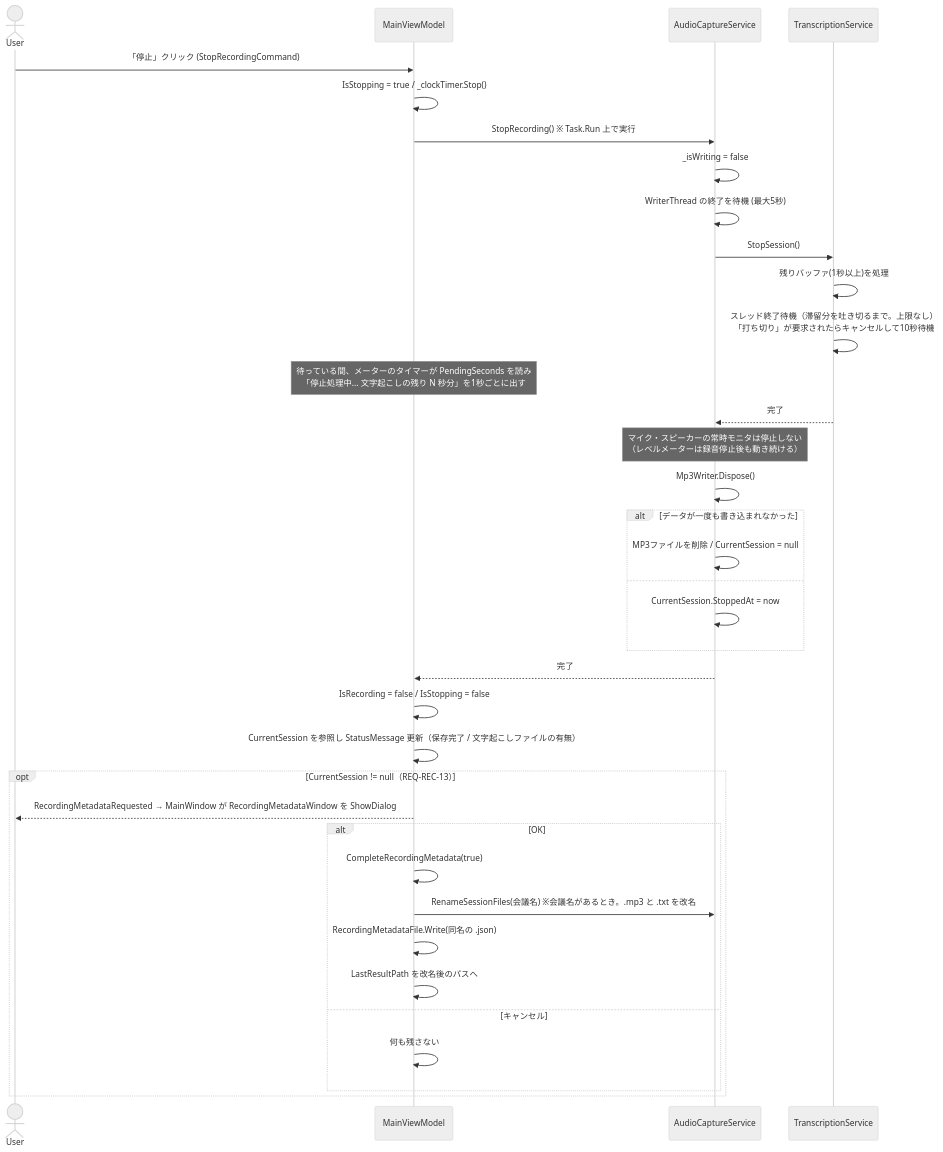
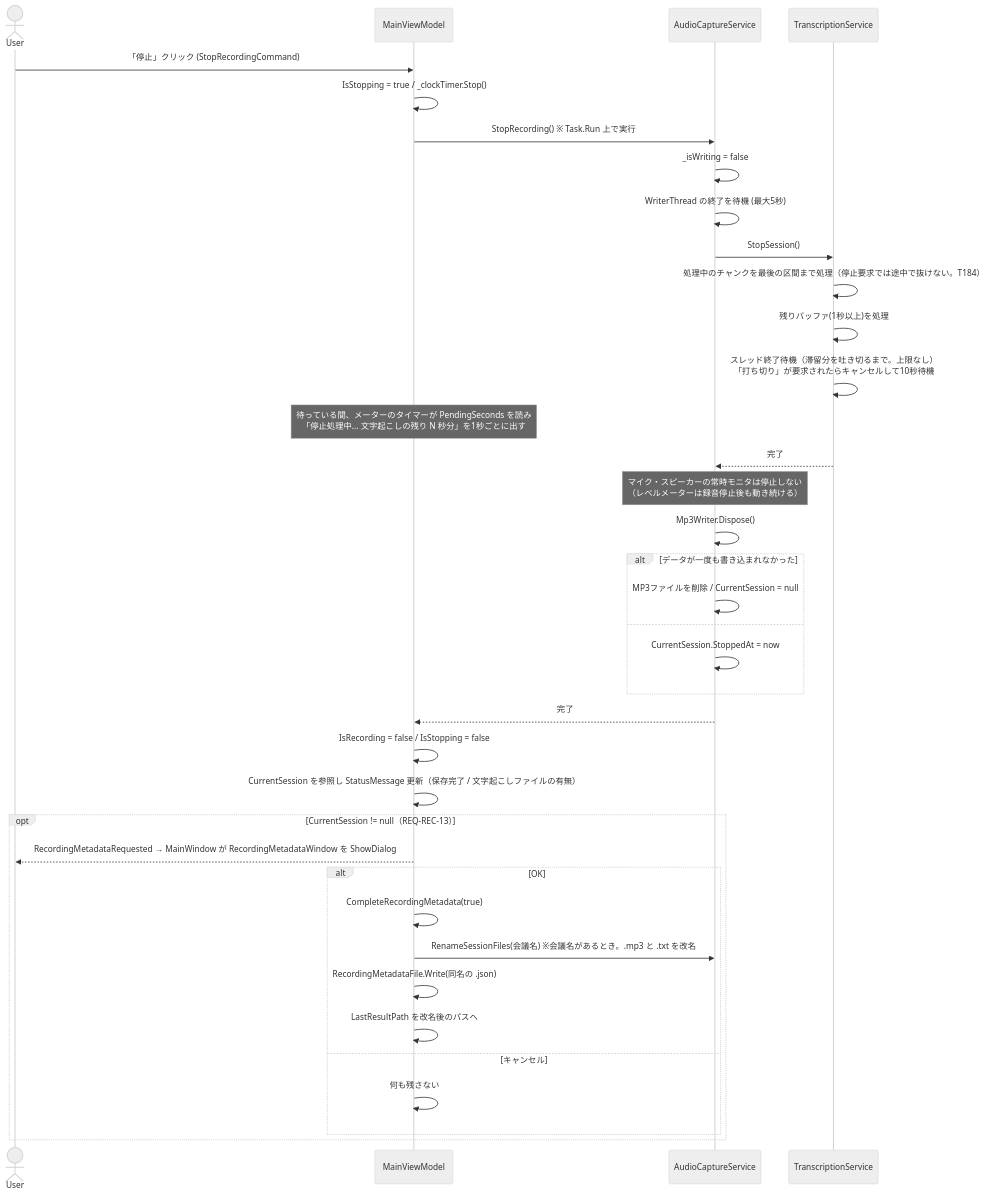
The fourth of 9 diagrams in docs/spec/04_sequence_diagram.md (otomac/audio-capture-app), drawn with Mermaid (neutral theme) before and after one commit. The commit also changed 5 other files, not shown here.

````diff
--- a/docs/spec/04_sequence_diagram.md
+++ b/docs/spec/04_sequence_diagram.md
@@ -117,43 +117,44 @@
 ```mermaid
 sequenceDiagram
     actor User
     participant VM as MainViewModel
     participant ACS as AudioCaptureService
     participant TS as TranscriptionService
 
     User->>VM: 「停止」クリック (StopRecordingCommand)
     VM->>VM: IsStopping = true / _clockTimer.Stop()
     VM->>ACS: StopRecording() ※ Task.Run 上で実行
 
     ACS->>ACS: _isWriting = false
     ACS->>ACS: WriterThread の終了を待機 (最大5秒)
     ACS->>TS: StopSession()
+    TS->>TS: 処理中のチャンクを最後の区間まで処理（停止要求では途中で抜けない。T184）
     TS->>TS: 残りバッファ(1秒以上)を処理
     TS->>TS: スレッド終了待機（滞留分を吐き切るまで。上限なし）<br/>「打ち切り」が要求されたらキャンセルして10秒待機
     Note over VM: 待っている間、メーターのタイマーが PendingSeconds を読み<br/>「停止処理中... 文字起こしの残り N 秒分」を1秒ごとに出す
     TS-->>ACS: 完了
 
     Note over ACS: マイク・スピーカーの常時モニタは停止しない<br/>（レベルメーターは録音停止後も動き続ける）
     ACS->>ACS: Mp3Writer.Dispose()
     alt データが一度も書き込まれなかった
         ACS->>ACS: MP3ファイルを削除 / CurrentSession = null
     else
         ACS->>ACS: CurrentSession.StoppedAt = now
     end
     ACS-->>VM: 完了
 
     VM->>VM: IsRecording = false / IsStopping = false
     VM->>VM: CurrentSession を参照し StatusMessage 更新（保存完了 / 文字起こしファイルの有無）
 
     opt CurrentSession != null（REQ-REC-13）
         VM-->>User: RecordingMetadataRequested → MainWindow が RecordingMetadataWindow を ShowDialog
         alt OK
             VM->>VM: CompleteRecordingMetadata(true)
             VM->>ACS: RenameSessionFiles(会議名) ※会議名があるとき。.mp3 と .txt を改名
             VM->>VM: RecordingMetadataFile.Write(同名の .json)
             VM->>VM: LastResultPath を改名後のパスへ
         else キャンセル
             VM->>VM: 何も残さない
         end
     end
 ```
````
